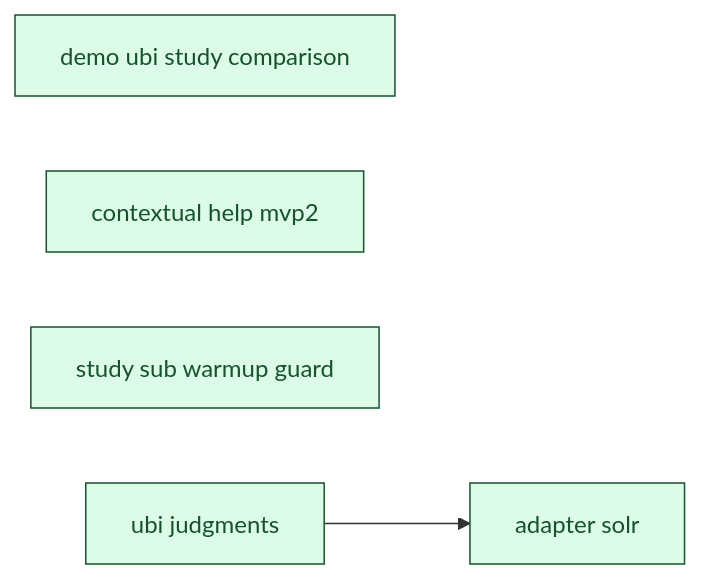
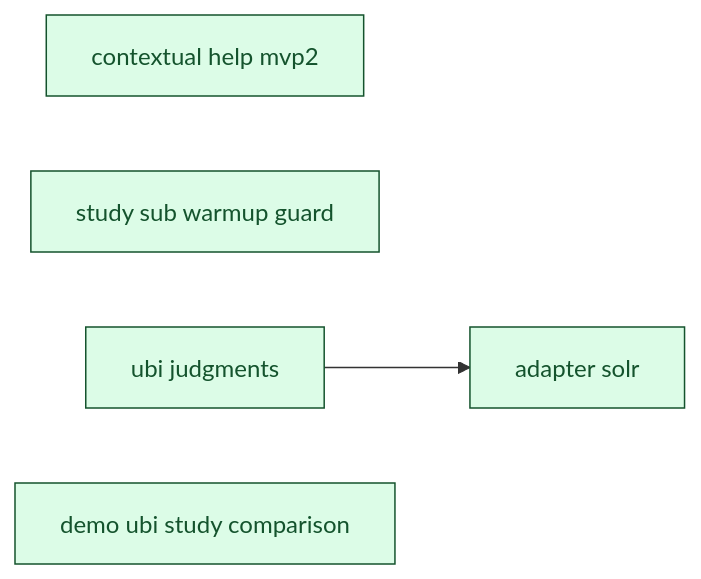
The diagram in docs/00_overview/MVP2_DASHBOARD.md (SoundMindsAI/relyloop), drawn with Mermaid before and after one commit. The commit also changed other lines of this file and 13 other files, not shown here.

First line of the commit message:
docs(dashboard): clarify 'scoped' progress metric + finalize stray feat_demo_ubi_study_comparison (#339)

````diff
--- a/docs/00_overview/MVP2_DASHBOARD.md
+++ b/docs/00_overview/MVP2_DASHBOARD.md
@@ -77,19 +78,19 @@
 ```mermaid
 graph LR
   classDef done fill:#dcfce7,stroke:#14532d,color:#14532d;
   classDef implement fill:#ffedd5,stroke:#9a3412,color:#9a3412;
   classDef plan fill:#fef9c3,stroke:#854d0e,color:#854d0e;
   classDef spec fill:#dbeafe,stroke:#1e40af,color:#1e40af;
   classDef idea fill:#f1f5f9,stroke:#334155,color:#334155;
-  feat_demo_ubi_study_comparison["demo ubi study comparison"]
-  class feat_demo_ubi_study_comparison done;
   feat_contextual_help_mvp2["contextual help mvp2"]
   class feat_contextual_help_mvp2 done;
   feat_study_sub_warmup_guard["study sub warmup guard"]
   class feat_study_sub_warmup_guard done;
   feat_ubi_judgments["ubi judgments"]
   class feat_ubi_judgments done;
+  feat_demo_ubi_study_comparison["demo ubi study comparison"]
+  class feat_demo_ubi_study_comparison done;
   infra_adapter_solr["adapter solr"]
   class infra_adapter_solr done;
   feat_ubi_judgments --> infra_adapter_solr
 ```
````
